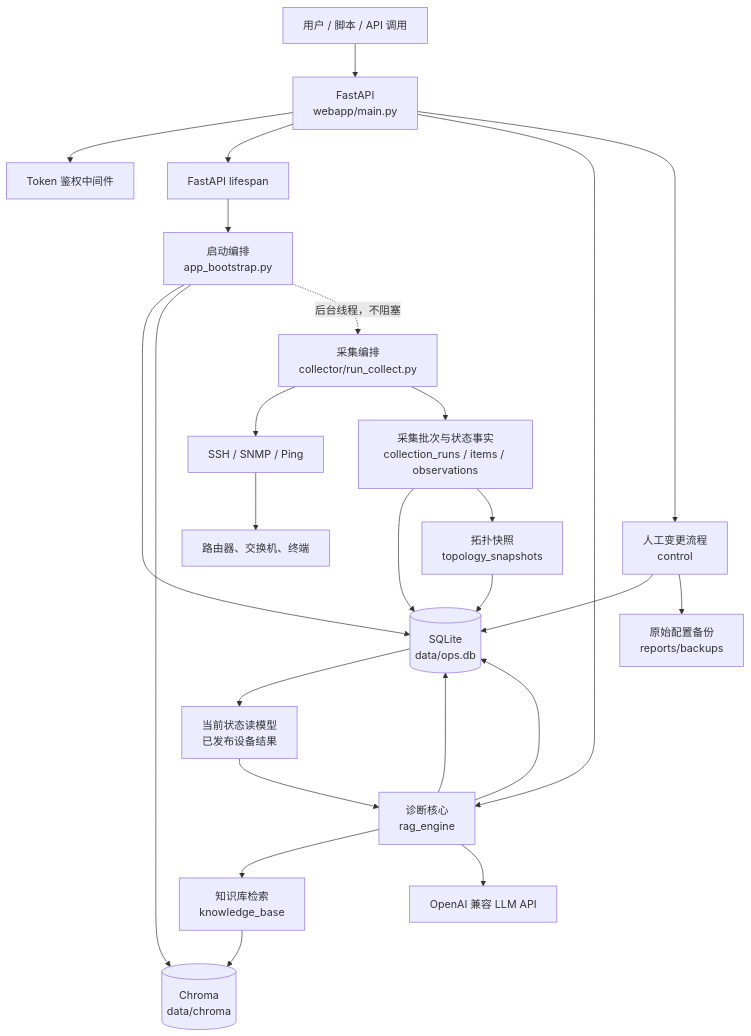
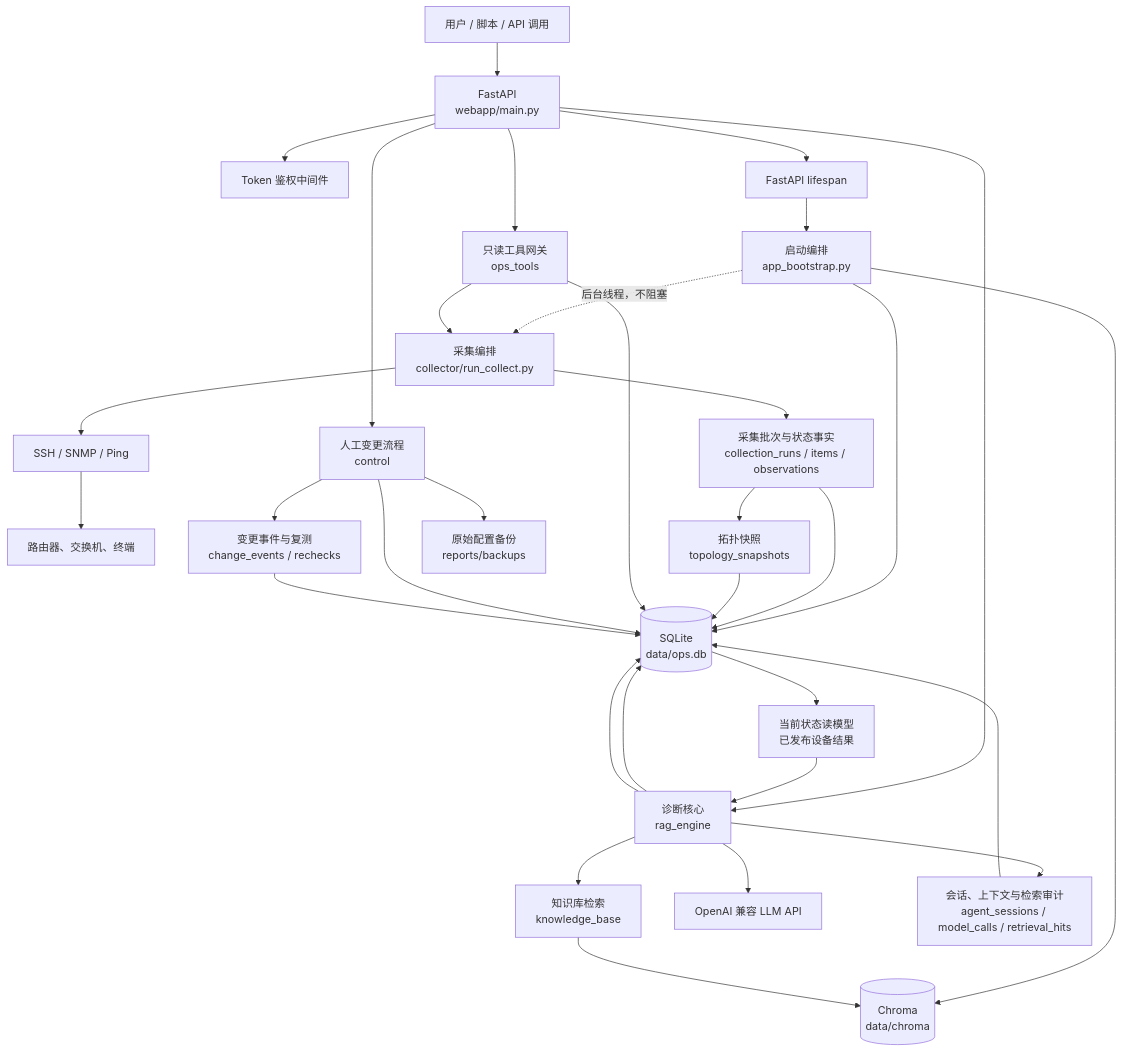
Before and after one commit to A1PHAalpha/-project6: the first of 7 diagrams in README.md, drawn with Mermaid. The commit also changed other lines of this file and 28 other files, not shown here.

````diff
--- a/README.md
+++ b/README.md
@@ -217,30 +218,38 @@
 ```mermaid
 graph TB
     U["用户 / 脚本 / API 调用"] --> W["FastAPI<br/>webapp/main.py"]
     W --> A["Token 鉴权中间件"]
     W --> L["FastAPI lifespan"]
     L --> B["启动编排<br/>app_bootstrap.py"]
 
     B --> DB[("SQLite<br/>data/ops.db")]
     B --> V[("Chroma<br/>data/chroma")]
     B -. "后台线程，不阻塞" .-> C["采集编排<br/>collector/run_collect.py"]
     C --> NET["SSH / SNMP / Ping"]
     NET --> DEV["路由器、交换机、终端"]
     C --> R1["采集批次与状态事实<br/>collection_runs / items / observations"]
     R1 --> DB
     R1 --> TOPO["拓扑快照<br/>topology_snapshots"]
     TOPO --> DB
 
     W --> R["诊断核心<br/>rag_engine"]
     R --> DB
     DB --> CS["当前状态读模型<br/>已发布设备结果"]
     CS --> R
     R --> K["知识库检索<br/>knowledge_base"]
     K --> V
     R --> LLM["OpenAI 兼容 LLM API"]
+    R --> S["会话、上下文与检索审计<br/>agent_sessions / model_calls / retrieval_hits"]
+    S --> DB
     R --> DB
+
+    W --> T["只读工具网关<br/>ops_tools"]
+    T --> C
+    T --> DB
 
     W --> O["人工变更流程<br/>control"]
     O --> DB
+    O --> E["变更事件与复测<br/>change_events / rechecks"]
+    E --> DB
     O --> F["原始配置备份<br/>reports/backups"]
 ```
````
